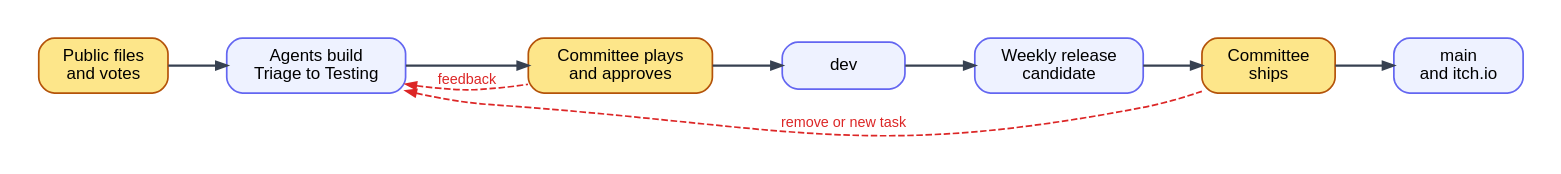
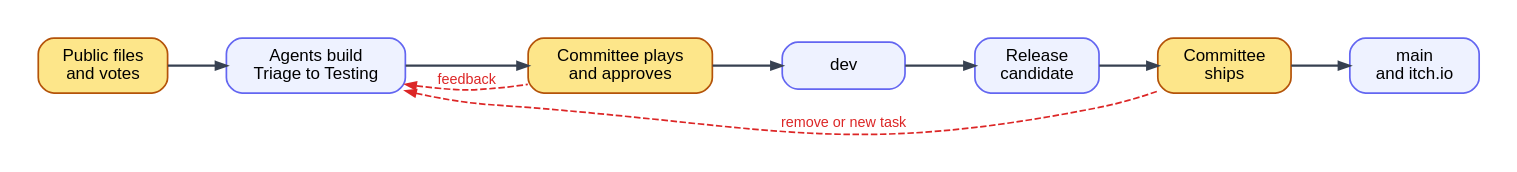
The diagram in factory/docs/diagrams/overview.dot (btseytlin/road-machiners), drawn with Graphviz before and after one commit. The commit also changed 3 other files, not shown here.

```diff
--- a/factory/docs/diagrams/overview.dot
+++ b/factory/docs/diagrams/overview.dot
@@ -1,17 +1,17 @@
 // Overview. Black: normal path. Red: loops back. Yellow: waits for people.
 digraph overview {
   rankdir=LR; nodesep=0.3; ranksep=0.6; bgcolor=white; pad=0.3;
   node [shape=box, style="rounded,filled", fillcolor="#eef2ff", color="#6366f1", fontname="Helvetica", fontsize=13, margin="0.2,0.1", penwidth=1.3, width=1.3];
   edge [color="#374151", penwidth=1.8, arrowsize=0.8, fontname="Helvetica", fontsize=11];
   U [label="Public files\nand votes", fillcolor="#fde68a", color="#b45309"];
   B [label="Agents build\nTriage to Testing"];
   C [label="Committee plays\nand approves", fillcolor="#fde68a", color="#b45309"];
   V [label="dev"];
-  R [label="Weekly release\ncandidate"];
+  R [label="Release\ncandidate"];
   S [label="Committee\nships", fillcolor="#fde68a", color="#b45309"];
   O [label="main\nand itch.io"];
   U -> B -> C -> V -> R -> S -> O [weight=100];
   edge [color="#dc2626", fontcolor="#dc2626", style=dashed, penwidth=1.3, dir=back, weight=0];
   B -> C [label="feedback"];
   B -> S [label="remove or new task"];
 }
```
